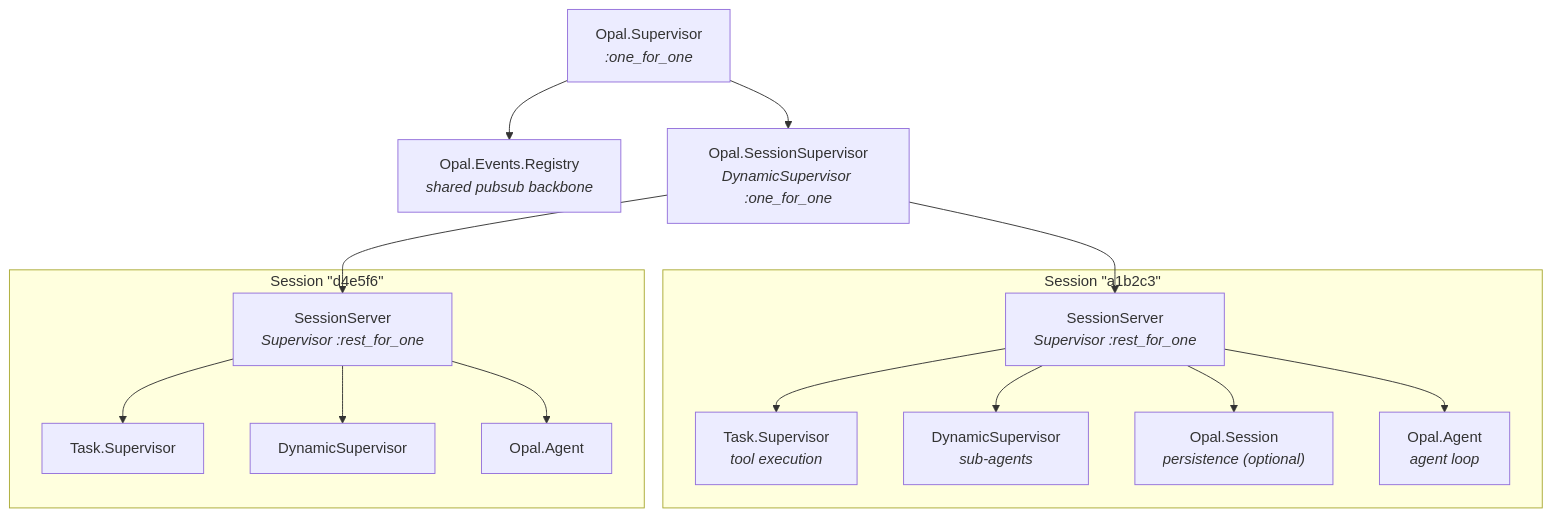
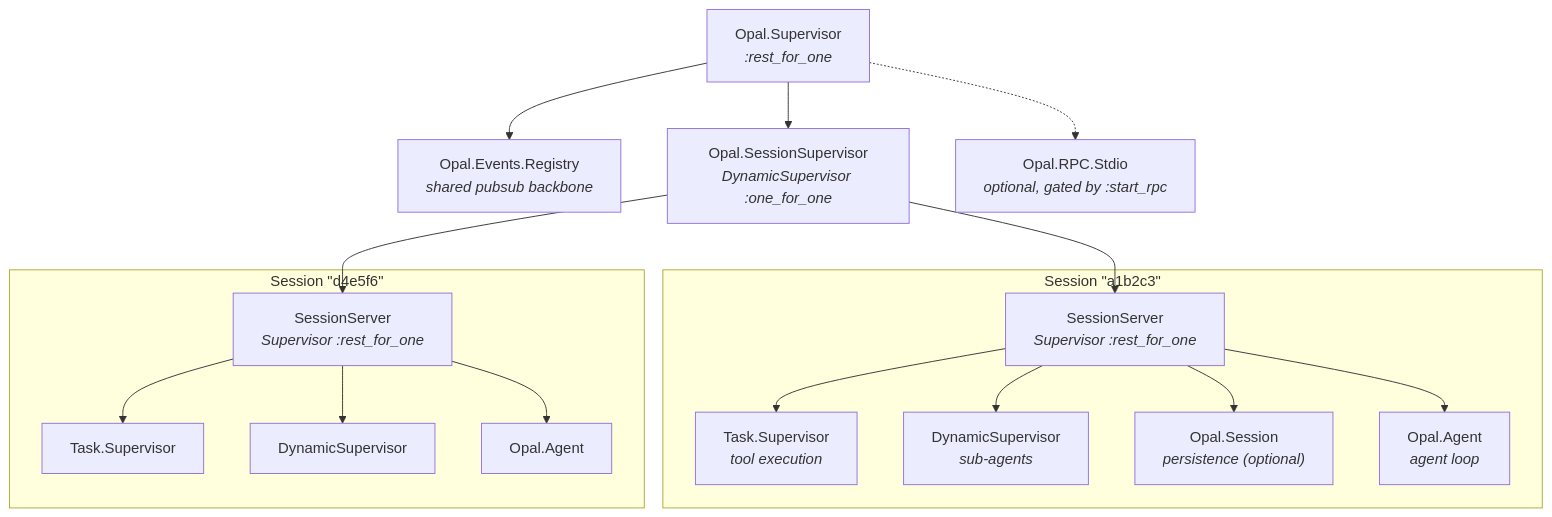
Before and after one commit to matteing/opal: the first of 10 diagrams in docs/supervision.md, drawn with Mermaid. The commit also changed other lines of this file and 30 other files, not shown here.

````diff
--- a/docs/supervision.md
+++ b/docs/supervision.md
@@ -13,34 +13,36 @@
 ```mermaid
 graph TD
-    OpalSup["Opal.Supervisor<br/><i>:one_for_one</i>"]
+    OpalSup["Opal.Supervisor<br/><i>:rest_for_one</i>"]
     Registry["Opal.Events.Registry<br/><i>shared pubsub backbone</i>"]
     SessionSup["Opal.SessionSupervisor<br/><i>DynamicSupervisor :one_for_one</i>"]
+    Stdio["Opal.RPC.Stdio<br/><i>optional, gated by :start_rpc</i>"]
 
     OpalSup --> Registry
     OpalSup --> SessionSup
+    OpalSup -.-> Stdio
 
     subgraph session_a["Session &quot;a1b2c3&quot;"]
         SSA["SessionServer<br/><i>Supervisor :rest_for_one</i>"]
         TSA["Task.Supervisor<br/><i>tool execution</i>"]
         DSA["DynamicSupervisor<br/><i>sub-agents</i>"]
         SesA["Opal.Session<br/><i>persistence (optional)</i>"]
         AgentA["Opal.Agent<br/><i>agent loop</i>"]
         SSA --> TSA
         SSA --> DSA
         SSA --> SesA
         SSA --> AgentA
     end
 
     subgraph session_b["Session &quot;d4e5f6&quot;"]
         SSB["SessionServer<br/><i>Supervisor :rest_for_one</i>"]
         TSB["Task.Supervisor"]
         DSB["DynamicSupervisor"]
         AgentB["Opal.Agent"]
         SSB --> TSB
         SSB --> DSB
         SSB --> AgentB
     end
 
     SessionSup --> SSA
     SessionSup --> SSB
 ```
````
